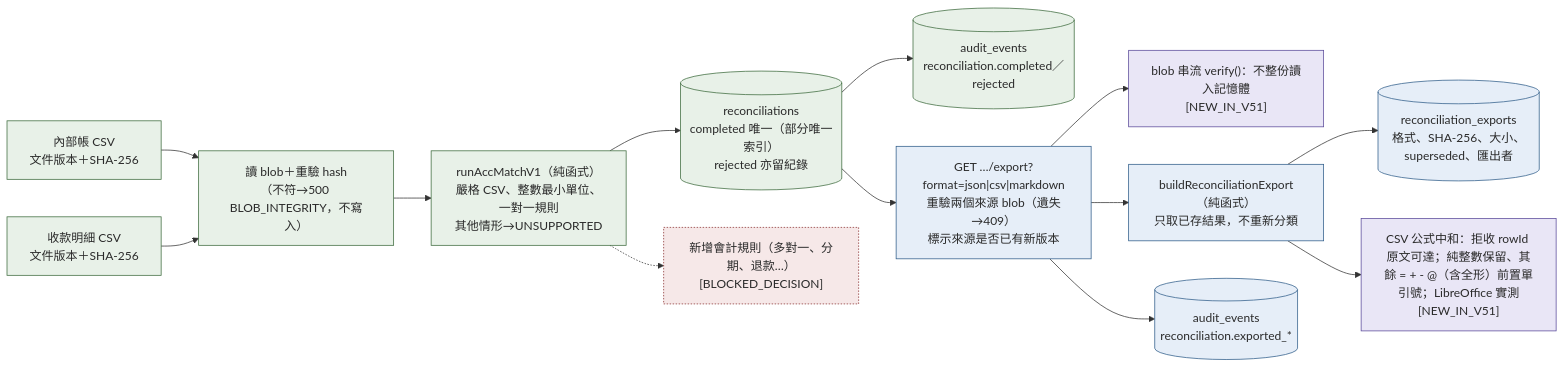
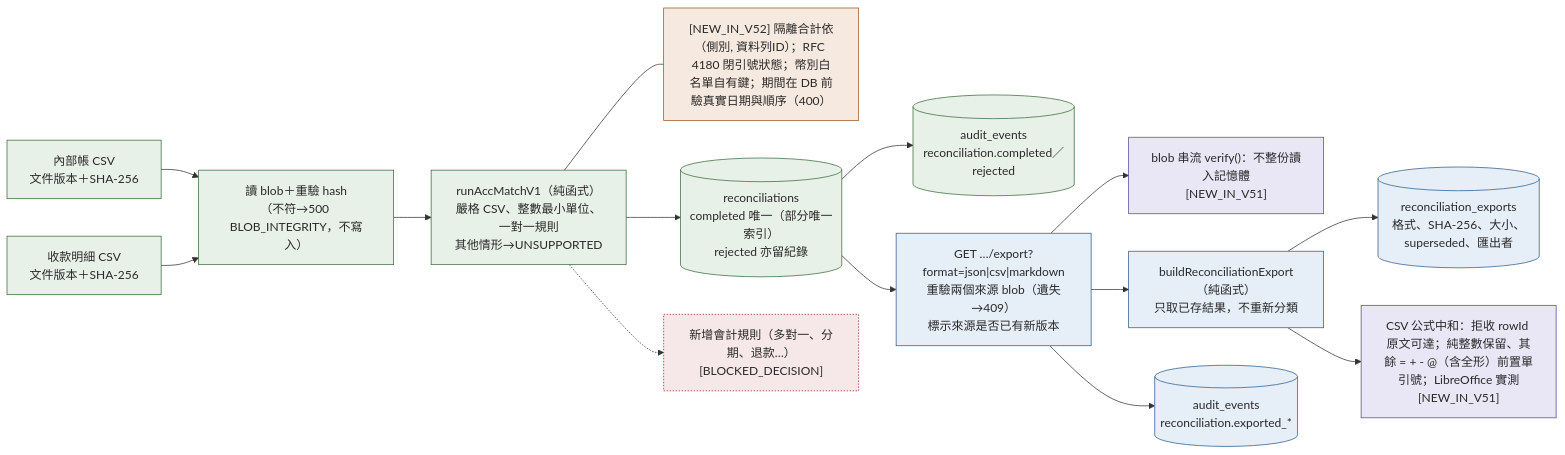
One commit to hades60414-sys/DHC-AI-SYSTEM changed the diagram in web-ui/docs/enterprise/architecture/RECONCILIATION_DATA_FLOW.mmd. Above: the diagram before and after it, drawn with Mermaid. The commit also changed 12 other files, not shown here.

First line of the commit message:
docs(enterprise): V5.2 architecture delta, ledger and ASTRA-ROLL remediation matrix

```diff
--- a/web-ui/docs/enterprise/architecture/RECONCILIATION_DATA_FLOW.mmd
+++ b/web-ui/docs/enterprise/architecture/RECONCILIATION_DATA_FLOW.mmd
@@ -1,28 +1,31 @@
 %% ACC-MATCH-v1 對帳與匯出資料流。
 flowchart LR
   classDef current fill:#e8f1e8,stroke:#3d6b3d,color:#2A2A2A
   classDef newv5 fill:#e6eef8,stroke:#2f5d8a,color:#2A2A2A
   classDef newv51 fill:#e9e6f6,stroke:#5a4a9a,color:#2A2A2A
+  classDef newv52 fill:#f6e9df,stroke:#9a5a2a,color:#2A2A2A
   classDef blocked fill:#f6e8e8,stroke:#8a2f2f,color:#2A2A2A,stroke-dasharray:2 2
 
   l["內部帳 CSV<br/>文件版本＋SHA-256"]:::current
   r["收款明細 CSV<br/>文件版本＋SHA-256"]:::current
   load["讀 blob＋重驗 hash<br/>（不符→500 BLOB_INTEGRITY，不寫入）"]:::current
   engine["runAccMatchV1（純函式）<br/>嚴格 CSV、整數最小單位、一對一規則<br/>其他情形→UNSUPPORTED"]:::current
+  v52["[NEW_IN_V52] 隔離合計依（側別, 資料列ID）；RFC 4180 閉引號狀態；幣別白名單自有鍵；期間在 DB 前驗真實日期與順序（400）"]:::newv52
   store[("reconciliations<br/>completed 唯一（部分唯一索引）<br/>rejected 亦留紀錄")]:::current
   audit[("audit_events<br/>reconciliation.completed／rejected")]:::current
   exp["GET …/export?format=json|csv|markdown<br/>重驗兩個來源 blob（遺失→409）<br/>標示來源是否已有新版本"]:::newv5
   verify["blob 串流 verify()：不整份讀入記憶體<br/>[NEW_IN_V51]"]:::newv51
   guard["CSV 公式中和：拒收 rowId 原文可達；純整數保留、其餘 = + - @（含全形）前置單引號；LibreOffice 實測<br/>[NEW_IN_V51]"]:::newv51
   build["buildReconciliationExport（純函式）<br/>只取已存結果，不重新分類"]:::newv5
   xstore[("reconciliation_exports<br/>格式、SHA-256、大小、superseded、匯出者")]:::newv5
   xaudit[("audit_events<br/>reconciliation.exported_*")]:::newv5
   rules["新增會計規則（多對一、分期、退款…）<br/>[BLOCKED_DECISION]"]:::blocked
 
+  engine --- v52
   l --> load
   r --> load --> engine --> store --> audit
   store --> exp --> build --> xstore
   exp --> verify
   build --> guard
   exp --> xaudit
   engine -.-> rules
```
